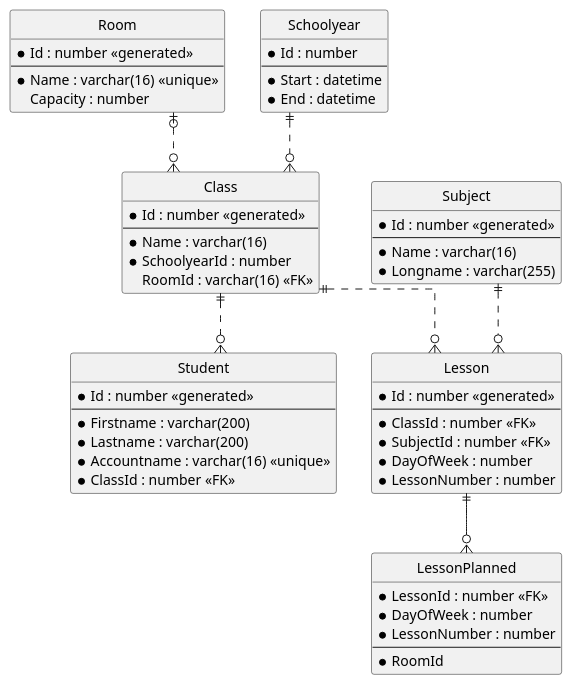
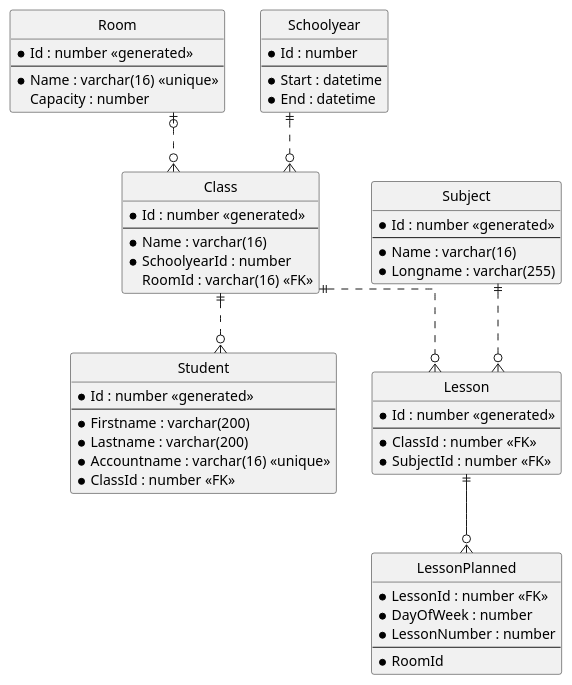
One commit to schletz/Dbi1Sem changed the diagram in 02_Modellierung/demo.md. Above: the diagram before and after it, drawn with PlantUML. The commit also changed 1 other file, not shown here.

````diff
--- a/02_Modellierung/demo.md
+++ b/02_Modellierung/demo.md
@@ -18,73 +18,71 @@
 ```plantuml
 @startuml
 ' hide the spot
 hide circle
 ' avoid problems with angled crows feet
 skinparam linetype ortho
 
 entity Room {
     *Id : number <<generated>>
     ---
     *Name : varchar(16) <<unique>>
     Capacity : number
 }
 
 entity Schoolyear {
     *Id : number
     ---
     *Start : datetime
     *End : datetime
 }
 
 entity Class {
     *Id : number <<generated>>
     ---
     *Name : varchar(16)
     *SchoolyearId : number
     RoomId : varchar(16) <<FK>>
 }
 Schoolyear ||..o{ Class
 Room |o..o{ Class
 
 entity Subject {
     *Id : number <<generated>>
     ---
     *Name : varchar(16)
     *Longname : varchar(255)
 }
 
 
 entity Student {
     *Id : number <<generated>>
     ---
     *Firstname : varchar(200)
     *Lastname : varchar(200)
     *Accountname : varchar(16) <<unique>>
     *ClassId : number <<FK>>
 }
 
 Class ||..o{ Student
 
 entity Lesson {
     *Id : number <<generated>>
     ---
     *ClassId : number <<FK>>
     *SubjectId : number <<FK>>
-    *DayOfWeek : number
-    *LessonNumber : number
 }
 
 Class ||..o{ Lesson
 Subject ||..o{ Lesson
 
 entity LessonPlanned {
     *LessonId : number <<FK>>
     *DayOfWeek : number
     *LessonNumber : number
     ---
     *RoomId
 }
 Lesson ||--o{ LessonPlanned
 
 @enduml
 ```
````
